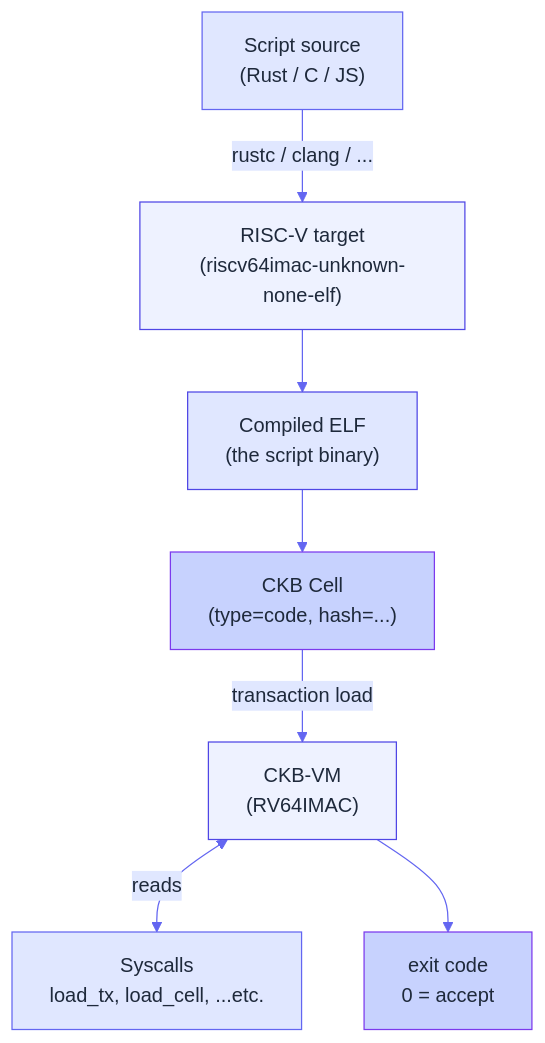
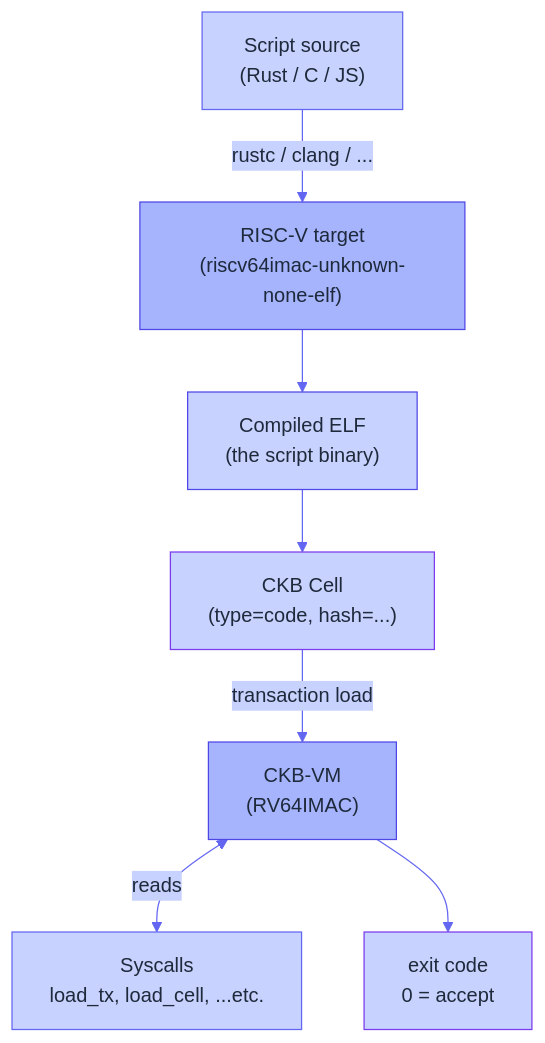
Before and after one commit to Myelin-Labs/Myelin: the diagram in docs/concepts/what-is-ckb-vm.md, drawn with Mermaid. The commit also changed 31 other files, not shown here.

````diff
--- a/docs/concepts/what-is-ckb-vm.md
+++ b/docs/concepts/what-is-ckb-vm.md
@@ -31,36 +31,36 @@
 ```mermaid
 %%{init: {
   "theme": "base",
   "themeVariables": {
-    "primaryColor": "#EEF2FF",
+    "primaryColor": "#A5B4FC",
     "primaryTextColor": "#1E293B",
     "primaryBorderColor": "#4F46E5",
     "lineColor": "#6366F1",
-    "secondaryColor": "#E0E7FF",
+    "secondaryColor": "#C7D2FE",
     "tertiaryColor": "#C7D2FE"
   }
 }}%%
 flowchart TB
     SRC["Script source<br/>(Rust / C / JS)"]:::src
     TARGET["RISC-V target<br/>(riscv64imac-unknown-none-elf)"]:::target
     ELF["Compiled ELF<br/>(the script binary)"]:::elf
     CELL["CKB Cell<br/>(type=code, hash=...)"]:::cell
     VM["CKB-VM<br/>(RV64IMAC)"]:::vm
     SYSCALL["Syscalls<br/>load_tx, load_cell, ...etc."]:::sys
     VERDICT["exit code<br/>0 = accept"]:::verdict
 
     SRC -->|rustc / clang / ...| TARGET
     TARGET --> ELF
     ELF --> CELL
     CELL -->|transaction load| VM
     VM <-->|reads| SYSCALL
     VM --> VERDICT
 
-    classDef src     fill:#E0E7FF,stroke:#6366F1,color:#1E293B;
-    classDef target  fill:#EEF2FF,stroke:#4F46E5,color:#1E293B;
-    classDef elf     fill:#E0E7FF,stroke:#4F46E5,color:#1E293B;
+    classDef src     fill:#C7D2FE,stroke:#6366F1,color:#1E293B;
+    classDef target  fill:#A5B4FC,stroke:#4F46E5,color:#1E293B;
+    classDef elf     fill:#C7D2FE,stroke:#4F46E5,color:#1E293B;
     classDef cell    fill:#C7D2FE,stroke:#7C3AED,color:#1E293B;
-    classDef vm      fill:#EEF2FF,stroke:#4F46E5,color:#1E293B;
-    classDef sys     fill:#E0E7FF,stroke:#6366F1,color:#1E293B;
+    classDef vm      fill:#A5B4FC,stroke:#4F46E5,color:#1E293B;
+    classDef sys     fill:#C7D2FE,stroke:#6366F1,color:#1E293B;
     classDef verdict fill:#C7D2FE,stroke:#7C3AED,color:#1E293B;
 ```
````
